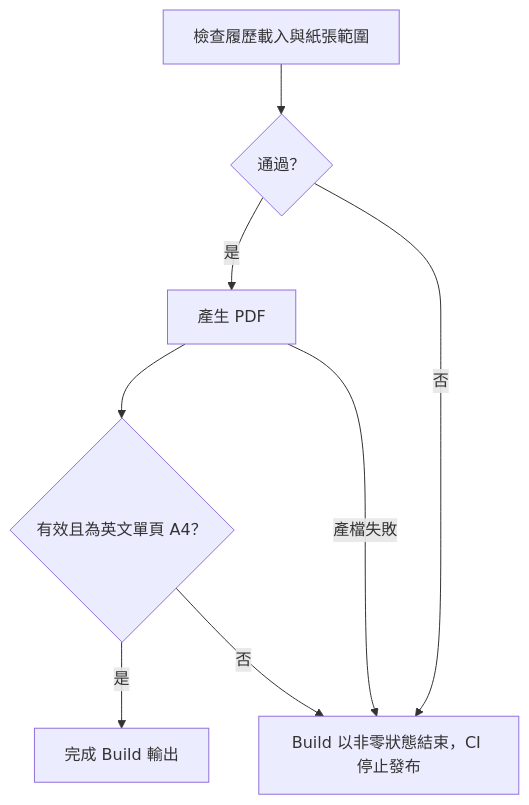
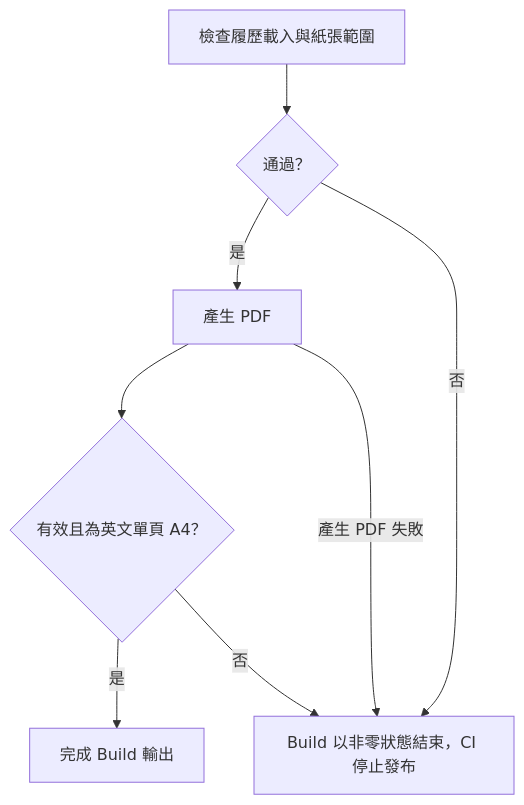
One commit to bingyangchen/bingyangchen.github.io changed the sixth of 6 diagrams in docs/specs/site.md. Above: the diagram before and after it, drawn with Mermaid. The commit also changed other lines of this file and 27 other files, not shown here.

````diff
--- a/docs/specs/site.md
+++ b/docs/specs/site.md
@@ -365,10 +366,10 @@
 ```mermaid
 flowchart TD
   sheet[檢查履歷載入與紙張範圍] --> ready{通過？}
   ready -->|是| generate[產生 PDF]
   ready -->|否| fail[Build 以非零狀態結束，CI 停止發布]
   generate --> valid{有效且為英文單頁 A4？}
-  generate -->|產檔失敗| fail
+  generate -->|產生 PDF 失敗| fail
   valid -->|是| done[完成 Build 輸出]
   valid -->|否| fail
 ```
````
